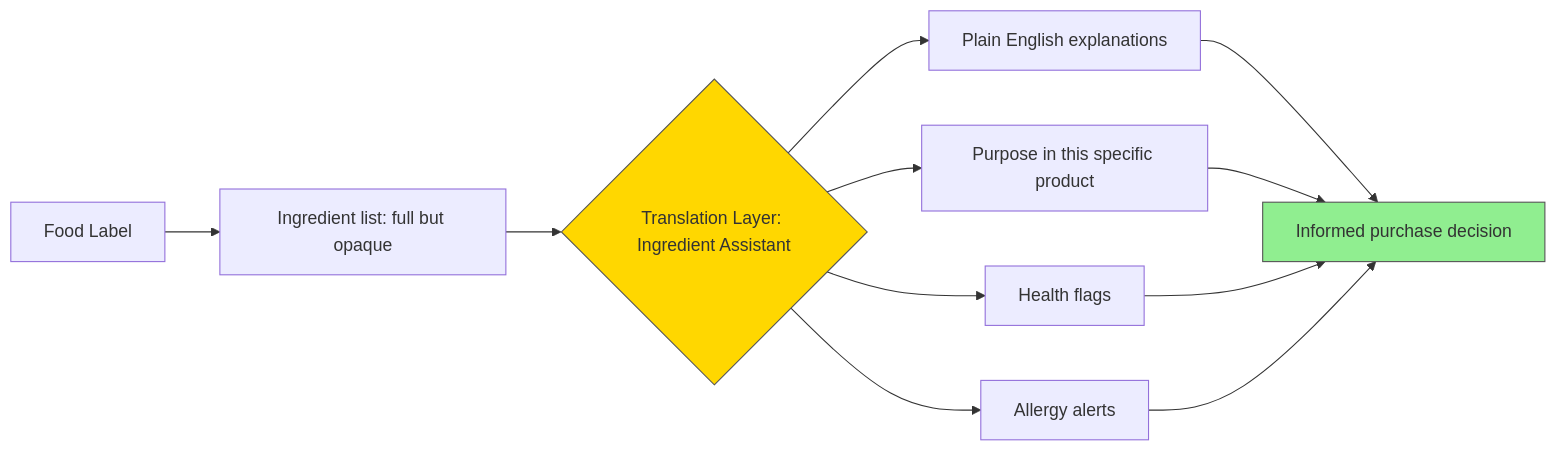
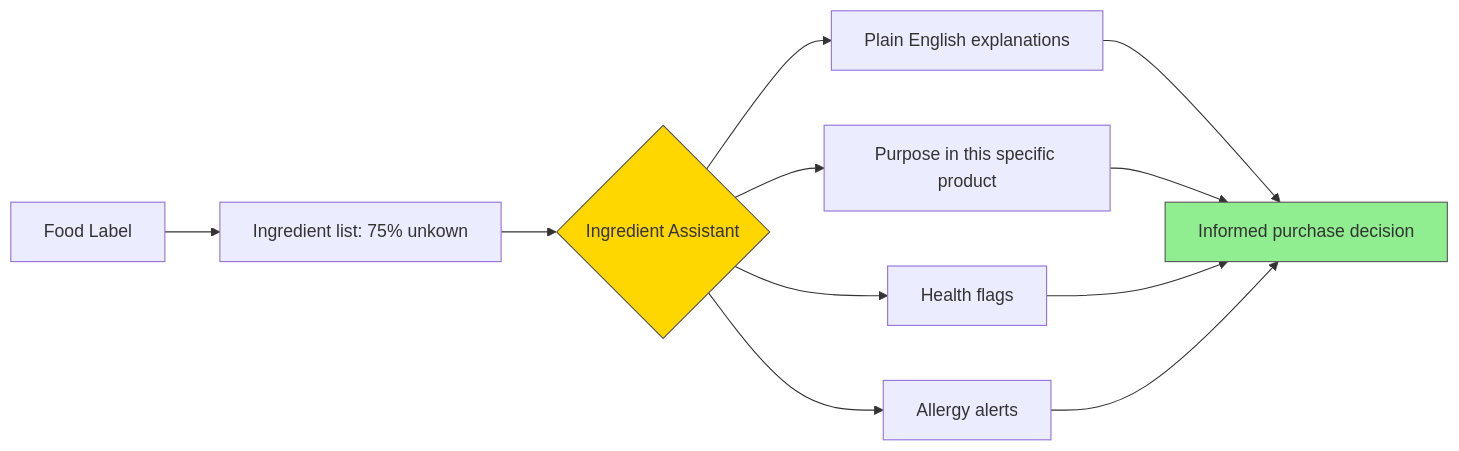
The third of 4 diagrams in README.md (JocelynF4/Guide-to-Understanding-Ingredients), drawn with Mermaid before and after one commit. The commit also changed other lines of this file, not shown here.

````diff
--- a/README.md
+++ b/README.md
@@ -82,13 +83,13 @@
 ```mermaid
 flowchart LR
-    A[Food Label] --> B[Ingredient list: full but opaque]
-    B --> C{Translation Layer: Ingredient Assistant}
+    A[Food Label] --> B[Ingredient list: 75% unkown]
+    B --> C{Ingredient Assistant}
     C --> D[Plain English explanations]
     C --> E[Purpose in this specific product]
     C --> F[Health flags]
     C --> G[Allergy alerts]
     D & E & F & G --> H[Informed purchase decision]
 
     style C fill:#FFD700,stroke:#555
     style H fill:#90EE90,stroke:#555
 ```
````
